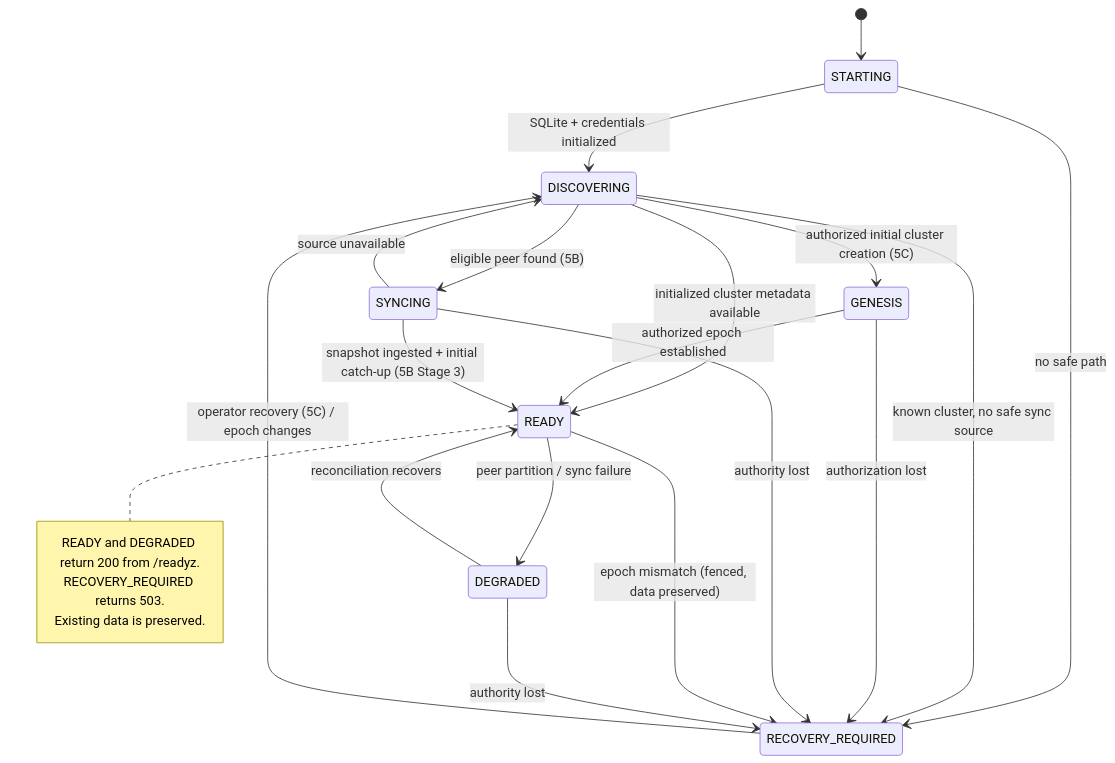
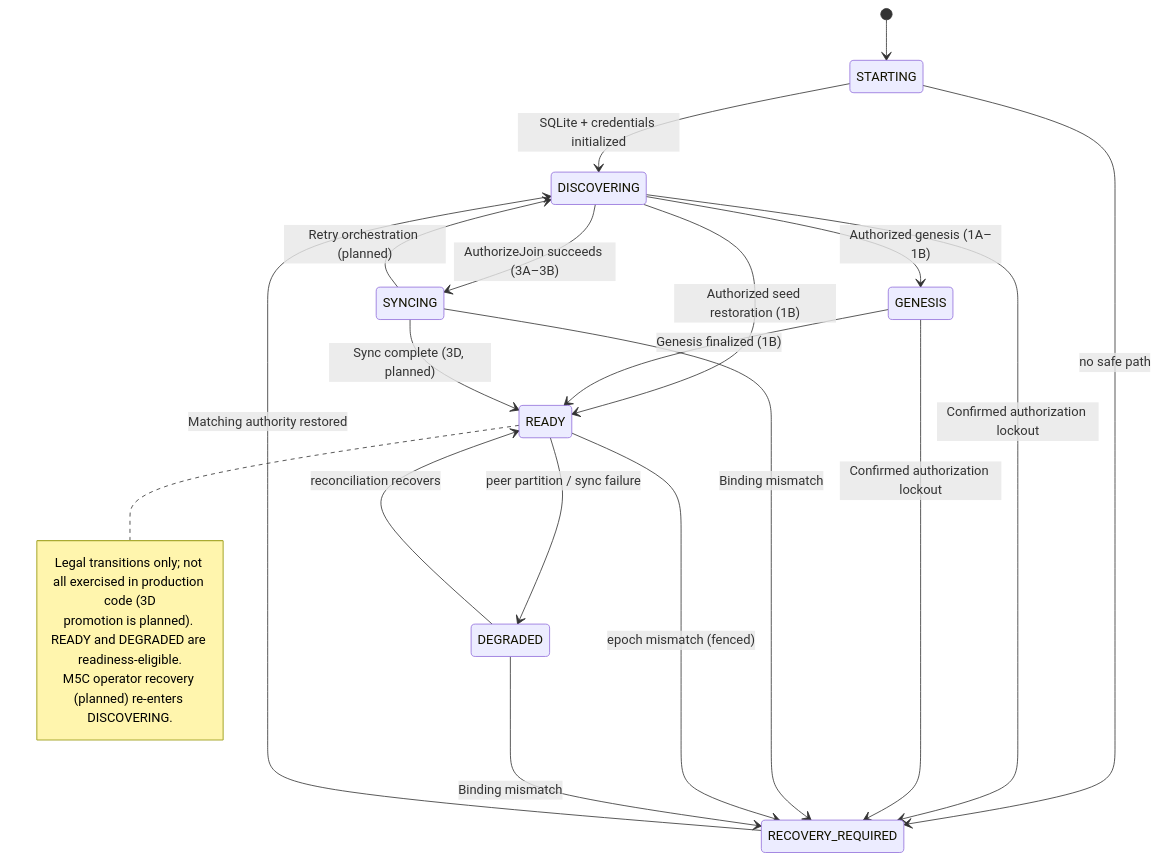
Before and after one commit to hirebrianm/gossipgrid: the diagram in docs/diagrams/lifecycle-recovery.mmd, drawn with Mermaid. The commit also changed 34 other files, not shown here.

```diff
--- a/docs/diagrams/lifecycle-recovery.mmd
+++ b/docs/diagrams/lifecycle-recovery.mmd
@@ -1,23 +1,23 @@
 stateDiagram-v2
   [*] --> STARTING
   STARTING --> DISCOVERING: SQLite + credentials initialized
   STARTING --> RECOVERY_REQUIRED: no safe path
-  DISCOVERING --> SYNCING: eligible peer found (5B)
-  DISCOVERING --> GENESIS: authorized initial cluster creation (5C)
-  DISCOVERING --> READY: initialized cluster metadata available
-  DISCOVERING --> RECOVERY_REQUIRED: known cluster, no safe sync source
-  GENESIS --> READY: authorized epoch established
-  GENESIS --> RECOVERY_REQUIRED: authorization lost
-  SYNCING --> READY: snapshot ingested + initial catch-up (5B Stage 3)
-  SYNCING --> DISCOVERING: source unavailable
-  SYNCING --> RECOVERY_REQUIRED: authority lost
+  DISCOVERING --> SYNCING: AuthorizeJoin succeeds (3A–3B)
+  DISCOVERING --> GENESIS: Authorized genesis (1A–1B)
+  DISCOVERING --> READY: Authorized seed restoration (1B)
+  DISCOVERING --> RECOVERY_REQUIRED: Confirmed authorization lockout
+  GENESIS --> READY: Genesis finalized (1B)
+  GENESIS --> RECOVERY_REQUIRED: Confirmed authorization lockout
+  SYNCING --> READY: Sync complete (3D, planned)
+  SYNCING --> DISCOVERING: Retry orchestration (planned)
+  SYNCING --> RECOVERY_REQUIRED: Binding mismatch
   READY --> DEGRADED: peer partition / sync failure
-  READY --> RECOVERY_REQUIRED: epoch mismatch (fenced, data preserved)
+  READY --> RECOVERY_REQUIRED: epoch mismatch (fenced)
   DEGRADED --> READY: reconciliation recovers
-  DEGRADED --> RECOVERY_REQUIRED: authority lost
-  RECOVERY_REQUIRED --> DISCOVERING: operator recovery (5C) / epoch changes
+  DEGRADED --> RECOVERY_REQUIRED: Binding mismatch
+  RECOVERY_REQUIRED --> DISCOVERING: Matching authority restored
   note right of READY
-      READY and DEGRADED return 200 from /readyz.
-      RECOVERY_REQUIRED returns 503.
-      Existing data is preserved.
+      Legal transitions only; not all exercised in production code (3D
+      promotion is planned). READY and DEGRADED are readiness-eligible.
+      M5C operator recovery (planned) re-enters DISCOVERING.
   end note
```
